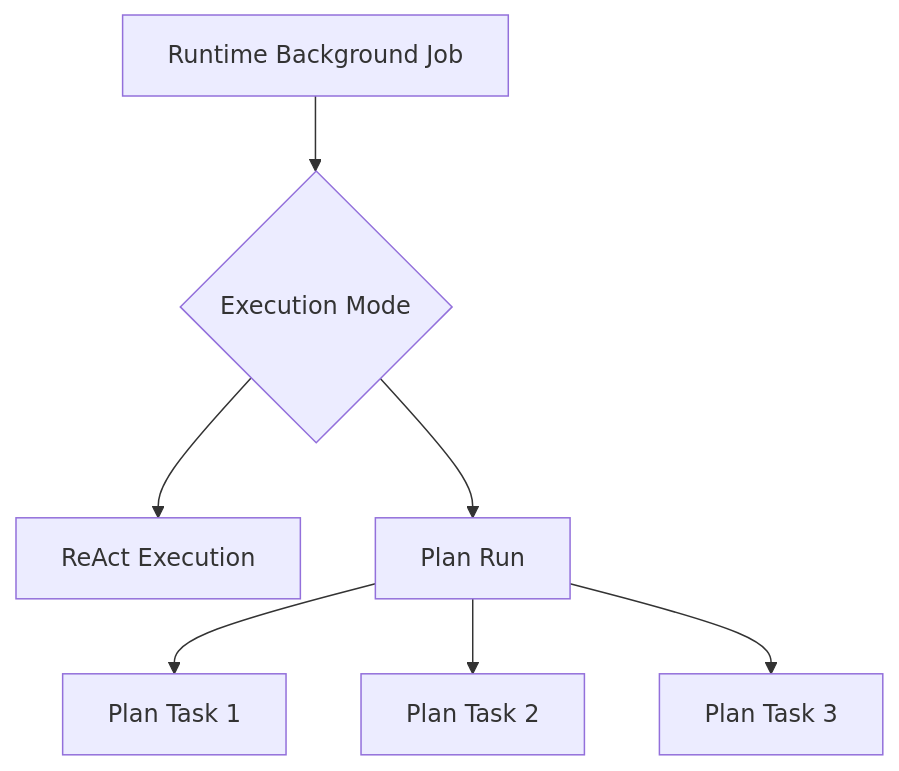
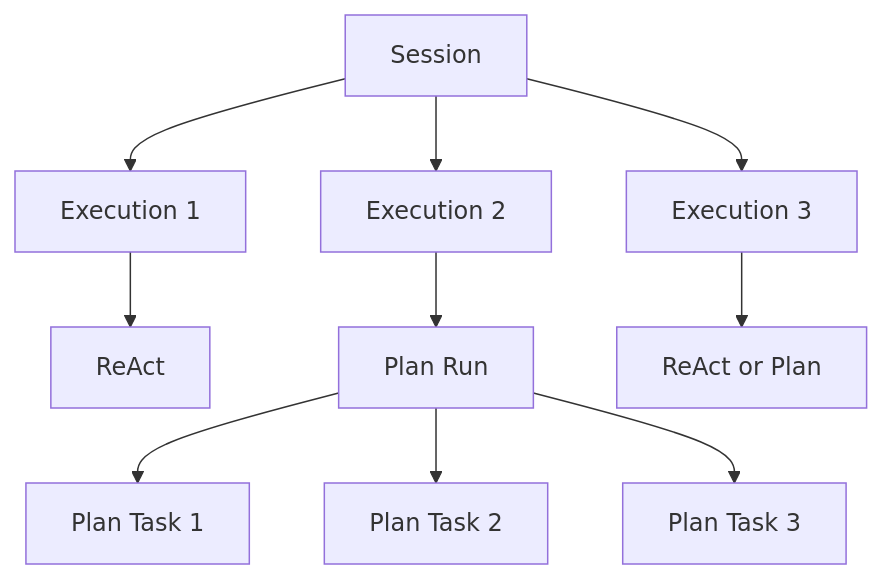
One commit to zgjdev/Code-Agent changed the first of 4 diagrams in docs/dev/31-unified-background-execution-runtime.md. Above: the diagram before and after it, drawn with Mermaid. The commit also changed other lines of this file, not shown here.

Commit message:
docs(runtime): unify top-level turns in durable execution queue

````diff
--- a/docs/dev/31-unified-background-execution-runtime.md
+++ b/docs/dev/31-unified-background-execution-runtime.md
@@ -203,9 +154,14 @@
-```mermaid
+~~~mermaid
 graph TB
-    J[Runtime Background Job] --> M{Execution Mode}
-    M --> R[ReAct Execution]
-    M --> P[Plan Run]
-    P --> T1[Plan Task 1]
-    P --> T2[Plan Task 2]
-    P --> T3[Plan Task 3]
-```
+    S[Session] --> E1[Execution 1]
+    S --> E2[Execution 2]
+    S --> E3[Execution 3]
+
+    E1 --> R1[ReAct]
+    E2 --> P1[Plan Run]
+    E3 --> R2[ReAct or Plan]
+
+    P1 --> T1[Plan Task 1]
+    P1 --> T2[Plan Task 2]
+    P1 --> T3[Plan Task 3]
+~~~
````
